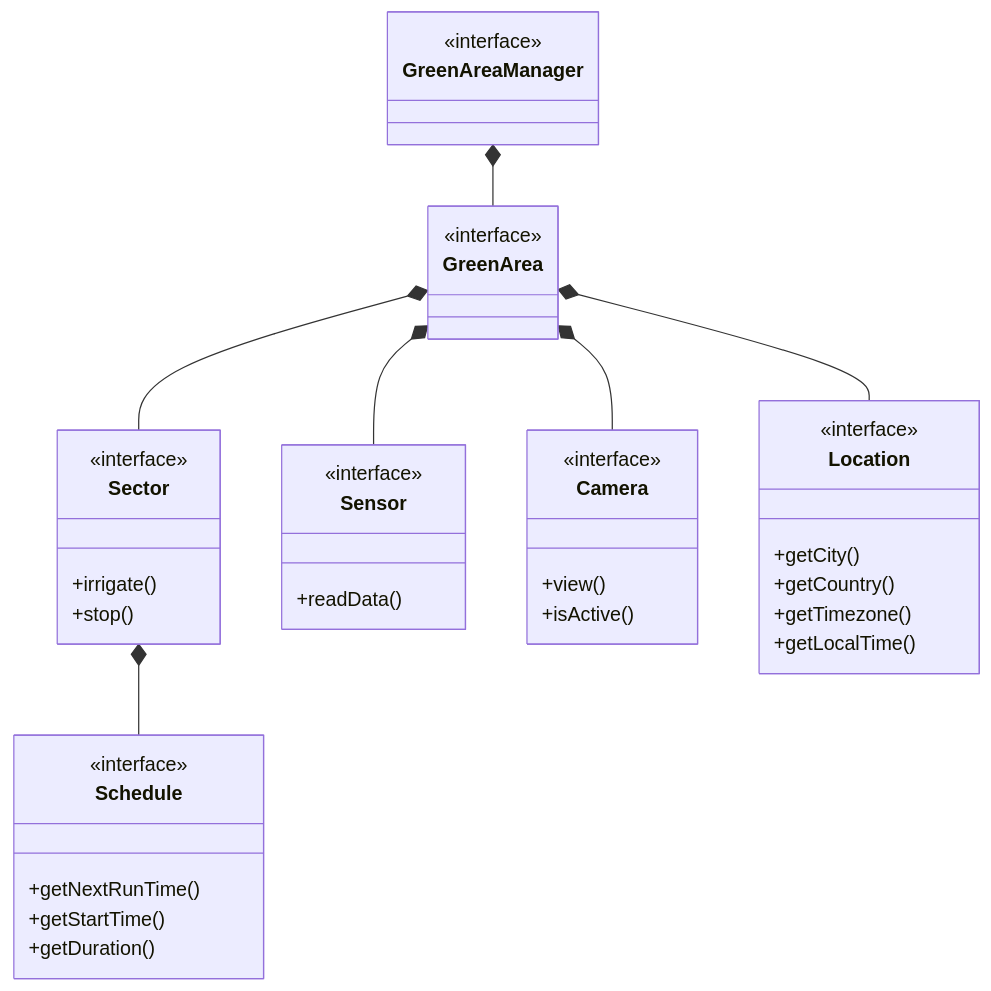
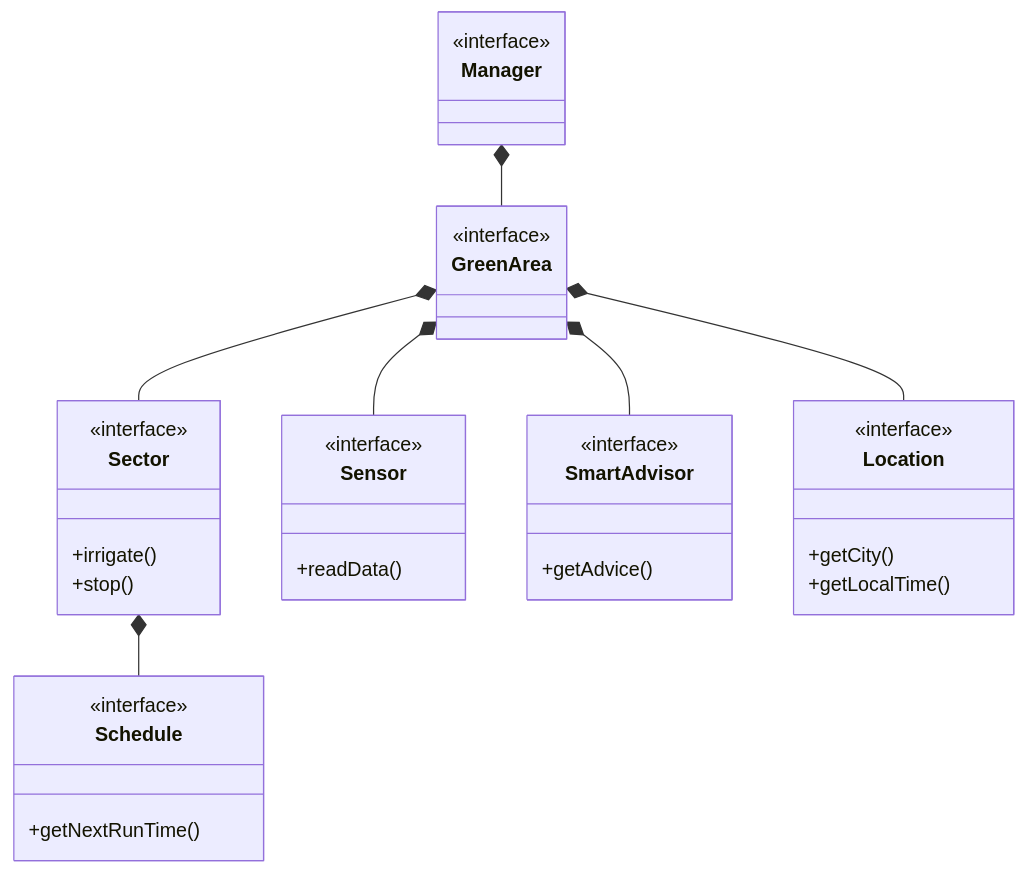
The first of 3 diagrams in README.md (filippo16/pss-23-24-SystemGarden-Lutterotti), drawn with Mermaid before and after one commit. The commit also changed other lines of this file and 1 other file, not shown here.

````diff
--- a/README.md
+++ b/README.md
@@ -51,52 +51,48 @@
 ```mermaid
 classDiagram
 
-class GreenAreaManager {
-    <<interface>>
+class Manager {
+    
 }
+<<interface>> Manager
 
 class GreenArea {
 
 }
 <<interface>> GreenArea
 
 class Sector {
     +irrigate()
     +stop()
 }
 <<interface>> Sector
 
 class Schedule {
     +getNextRunTime()
-    +getStartTime()
-    +getDuration() 
 }
 <<interface>> Schedule
 
 class Sensor {
     +readData()
 }
 <<interface>> Sensor
 
-class Camera {
-    +view()
-    +isActive()
+class SmartAdvisor {
+    +getAdvice()
 }
-<<interface>> Camera
+<<interface>> SmartAdvisor
 
 class Location {
     +getCity()
-    +getCountry()
-    +getTimezone()
     +getLocalTime()
 }
 <<interface>> Location
 
-GreenAreaManager *-- GreenArea
+Manager *-- GreenArea
 GreenArea *-- Sector
 GreenArea *-- Sensor
-GreenArea *-- Camera
+GreenArea *-- SmartAdvisor
 GreenArea *-- Location
 Sector *-- Schedule
 
 ```
````
